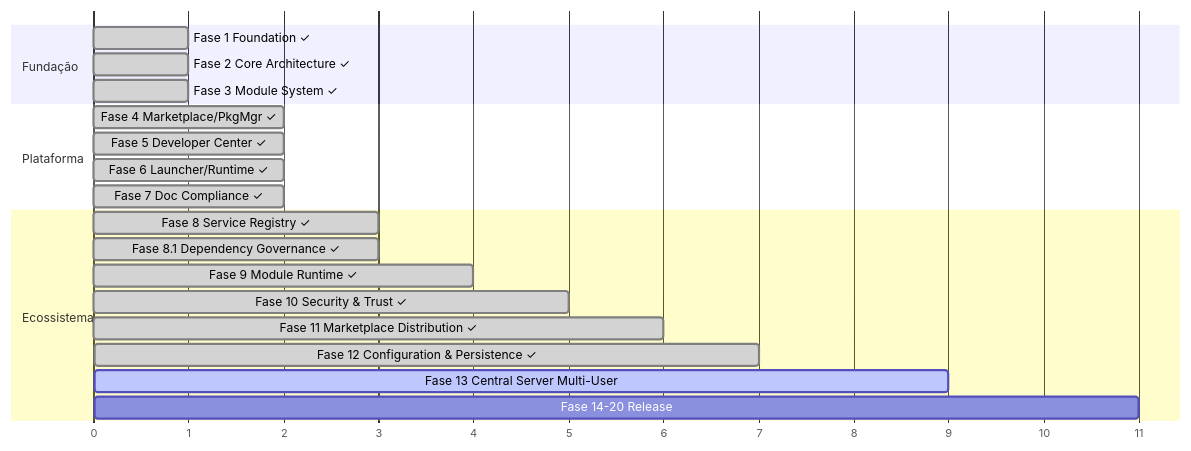
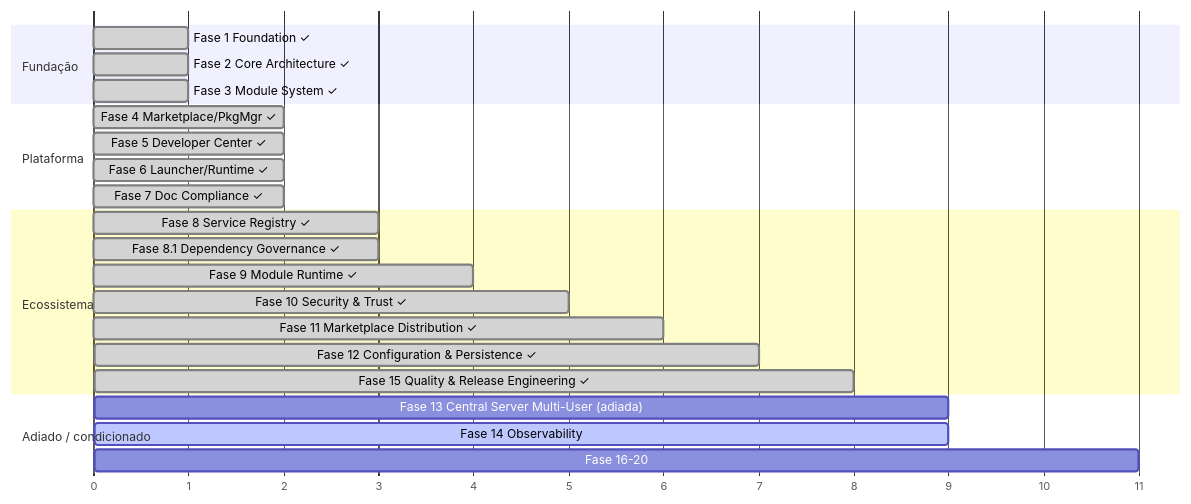
The third of 3 diagrams in README.md (julianscunha/Tech.Forge), drawn with Mermaid before and after one commit. The commit also changed other lines of this file and 5 other files, not shown here.

````diff
--- a/README.md
+++ b/README.md
@@ -335,23 +350,26 @@
 ```mermaid
 gantt
     dateFormat X
     axisFormat %s
     section Fundação
     Fase 1 Foundation ✓         :done, 0, 1
     Fase 2 Core Architecture ✓  :done, 0, 1
     Fase 3 Module System ✓      :done, 0, 1
     section Plataforma
     Fase 4 Marketplace/PkgMgr ✓ :done, 1, 2
     Fase 5 Developer Center ✓   :done, 1, 2
     Fase 6 Launcher/Runtime ✓   :done, 1, 2
     Fase 7 Doc Compliance ✓     :done, 1, 2
     section Ecossistema
     Fase 8 Service Registry ✓          :done, 2, 3
     Fase 8.1 Dependency Governance ✓   :done, 2, 3
     Fase 9 Module Runtime ✓             :done, 3, 4
     Fase 10 Security & Trust ✓          :done, 4, 5
     Fase 11 Marketplace Distribution ✓  :done, 5, 6
     Fase 12 Configuration & Persistence ✓ :done, 6, 7
-    Fase 13 Central Server Multi-User   :active, 7, 9
-    Fase 14-20 Release                  :9, 11
+    Fase 15 Quality & Release Engineering ✓ :done, 7, 8
+    section Adiado / condicionado
+    Fase 13 Central Server Multi-User (adiada) :7, 9
+    Fase 14 Observability                 :active, 8, 9
+    Fase 16-20                            :9, 11
 ```
````
